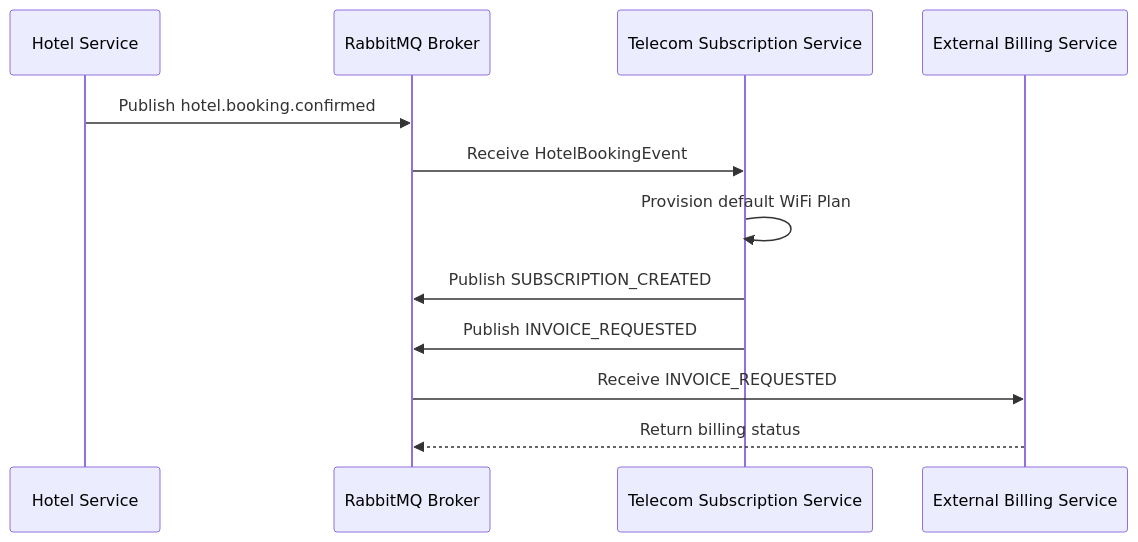
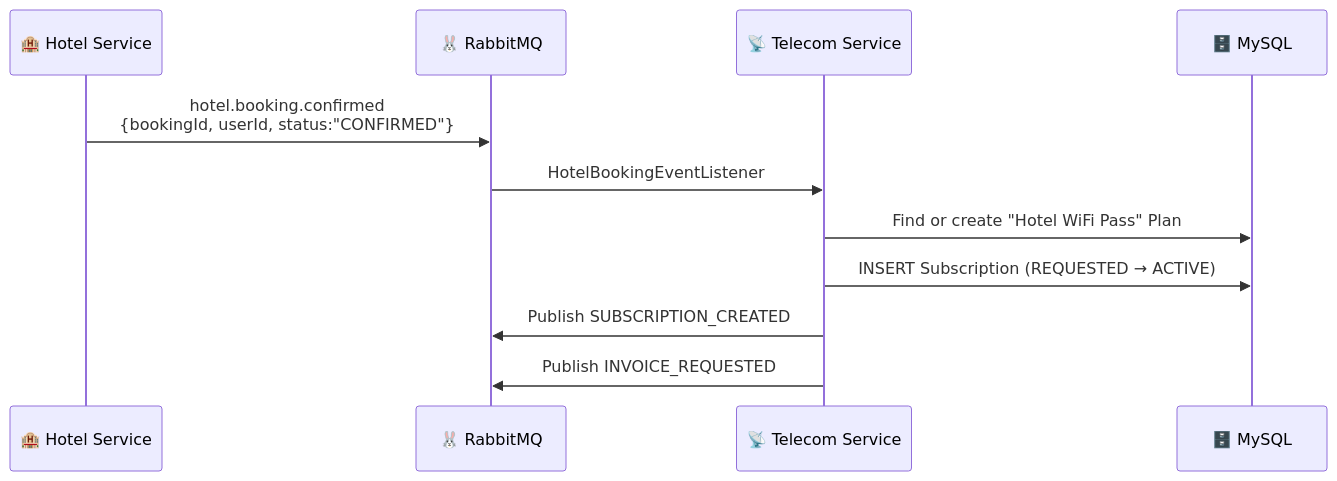
Before and after one commit to byte2code/telecom-subscription-service: the fourth of 5 diagrams in README.md, drawn with Mermaid. The commit also changed other lines of this file, not shown here.

````diff
--- a/README.md
+++ b/README.md
@@ -274,15 +264,14 @@
 ```mermaid
 sequenceDiagram
-    participant Hotel as Hotel Service
-    participant RabbitMQ as RabbitMQ Broker
-    participant Telecom as Telecom Subscription Service
-    participant Billing as External Billing Service
+    participant Hotel as 🏨 Hotel Service
+    participant RabbitMQ as 🐰 RabbitMQ
+    participant Telecom as 📡 Telecom Service
+    participant MySQL as 🗄️ MySQL
 
-    Hotel->>RabbitMQ: Publish hotel.booking.confirmed
-    RabbitMQ->>Telecom: Receive HotelBookingEvent
-    Telecom->>Telecom: Provision default WiFi Plan
+    Hotel->>RabbitMQ: hotel.booking.confirmed<br/>{bookingId, userId, status:"CONFIRMED"}
+    RabbitMQ->>Telecom: HotelBookingEventListener
+    Telecom->>MySQL: Find or create "Hotel WiFi Pass" Plan
+    Telecom->>MySQL: INSERT Subscription (REQUESTED → ACTIVE)
     Telecom->>RabbitMQ: Publish SUBSCRIPTION_CREATED
     Telecom->>RabbitMQ: Publish INVOICE_REQUESTED
-    RabbitMQ->>Billing: Receive INVOICE_REQUESTED
-    Billing-->>RabbitMQ: Return billing status
 ```
````
